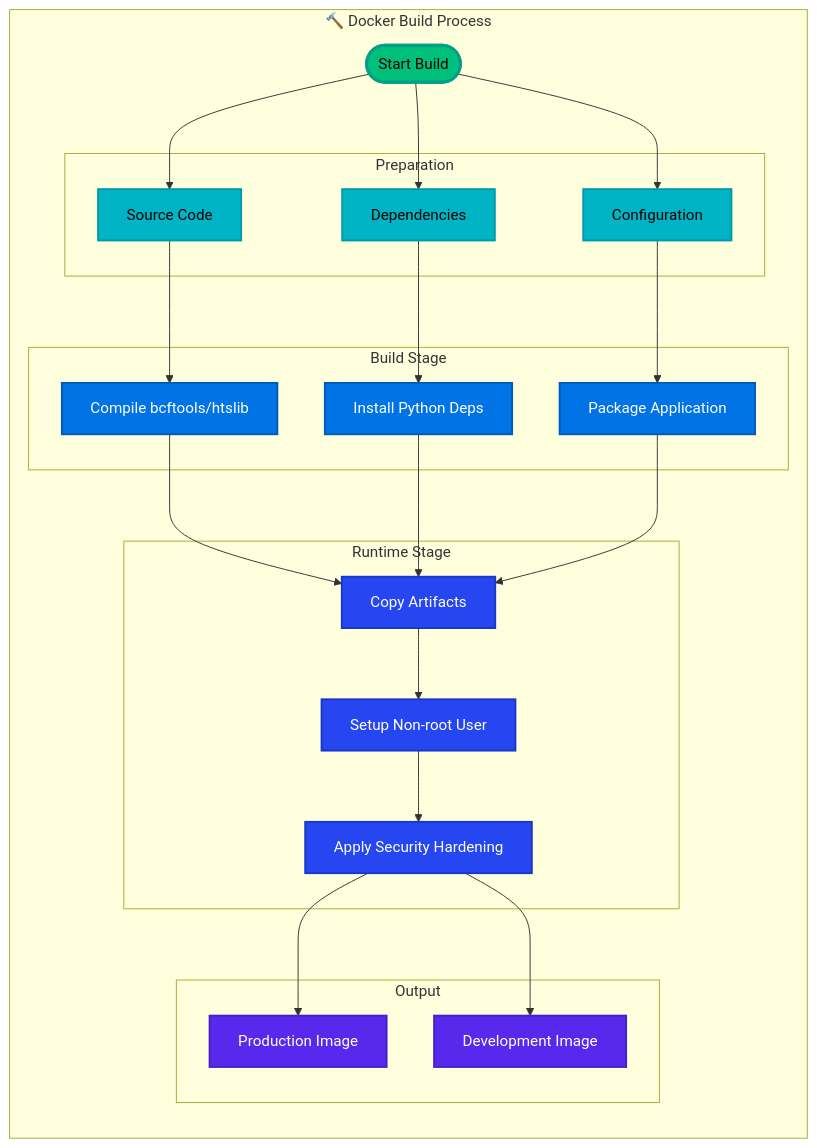
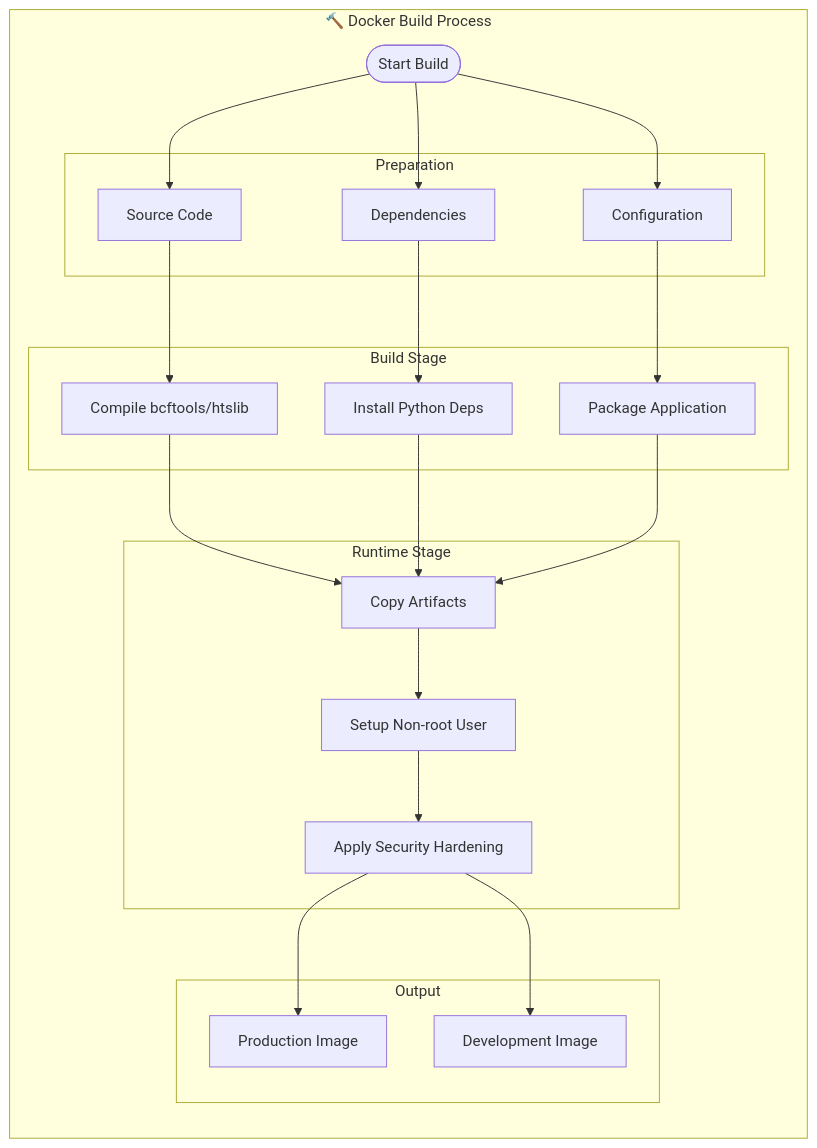
Before and after one commit to elementalcollision/vcf_analysis: the third of 5 diagrams in docs/DOCKER.md, drawn with Mermaid. The commit also changed other lines of this file, not shown here.

Commit message:
fix: update Docker Mermaid diagrams for GitHub compatibility - remove unsupported CSS class syntax

````diff
--- a/docs/DOCKER.md
+++ b/docs/DOCKER.md
@@ -139,53 +129,47 @@
 ```mermaid
 flowchart LR
     subgraph "🔨 Docker Build Process"
-        Start([Start Build]):::start
+        Start([Start Build])
         
         subgraph Preparation
-            Source[Source Code]:::source
-            Deps[Dependencies]:::source
-            Config[Configuration]:::source
+            Source[Source Code]
+            Deps[Dependencies]
+            Config[Configuration]
         end
         
         subgraph BuildStage ["Build Stage"]
-            Compile[Compile bcftools/htslib]:::build
-            Install[Install Python Deps]:::build
-            Package[Package Application]:::build
+            Compile[Compile bcftools/htslib]
+            Install[Install Python Deps]
+            Package[Package Application]
         end
         
         subgraph RuntimeStage ["Runtime Stage"]
-            Copy[Copy Artifacts]:::runtime
-            User[Setup Non-root User]:::runtime
-            Security[Apply Security Hardening]:::runtime
+            Copy[Copy Artifacts]
+            User[Setup Non-root User]
+            Security[Apply Security Hardening]
         end
         
         subgraph Output
-            Prod[Production Image]:::output
-            Dev[Development Image]:::output
+            Prod[Production Image]
+            Dev[Development Image]
         end
         
         Start --> Source
         Start --> Deps
         Start --> Config
         
         Source --> Compile
         Deps --> Install
         Config --> Package
         
         Compile --> Copy
         Install --> Copy
         Package --> Copy
         
         Copy --> User
         User --> Security
         
         Security --> Prod
         Security --> Dev
     end
-    
-    classDef start fill:#00bf7d,stroke:#00a085,stroke-width:3px,color:#000000
-    classDef source fill:#00b4c5,stroke:#0099aa,stroke-width:2px,color:#000000
-    classDef build fill:#0073e6,stroke:#005bb5,stroke-width:2px,color:#ffffff
-    classDef runtime fill:#2546f0,stroke:#1a37c7,stroke-width:2px,color:#ffffff
-    classDef output fill:#5928ed,stroke:#4520c7,stroke-width:2px,color:#ffffff
 ```
````
